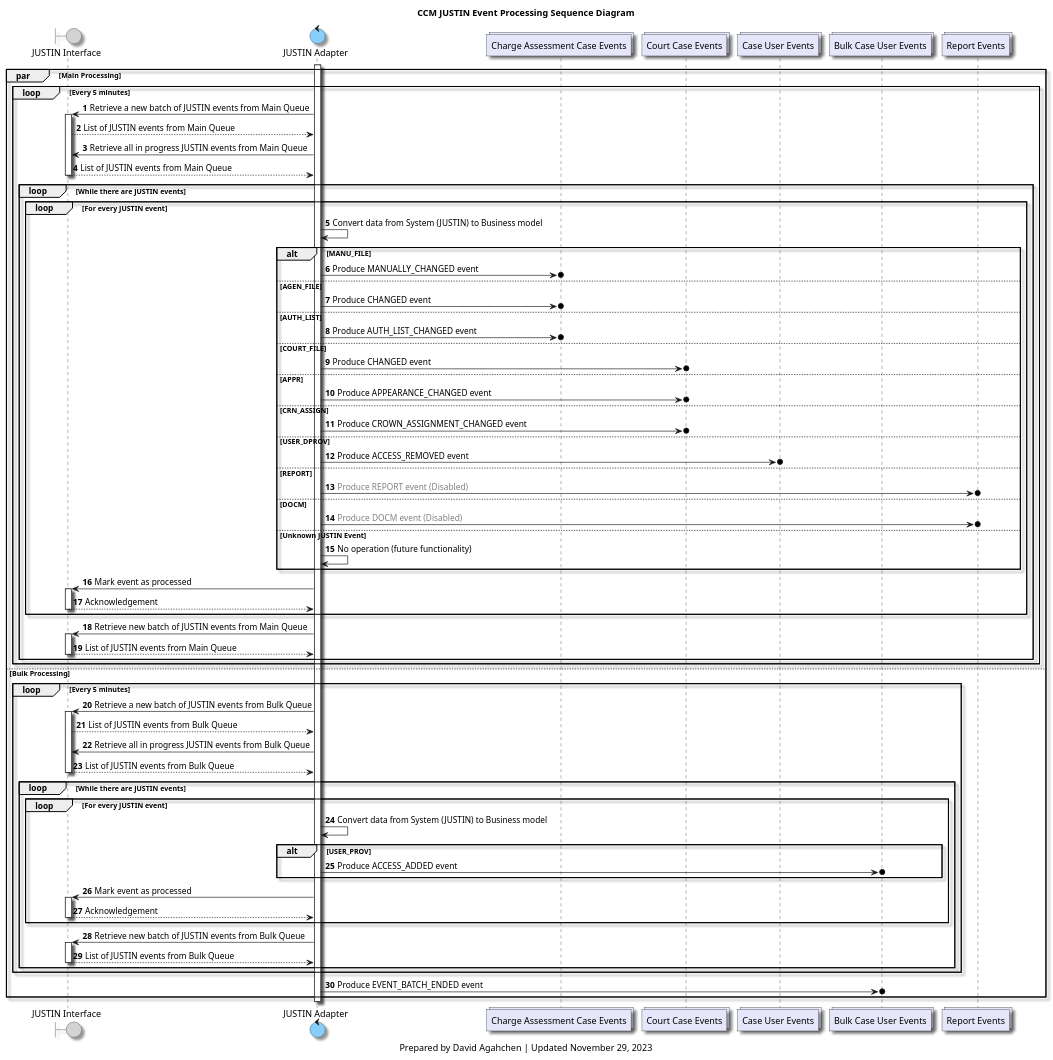
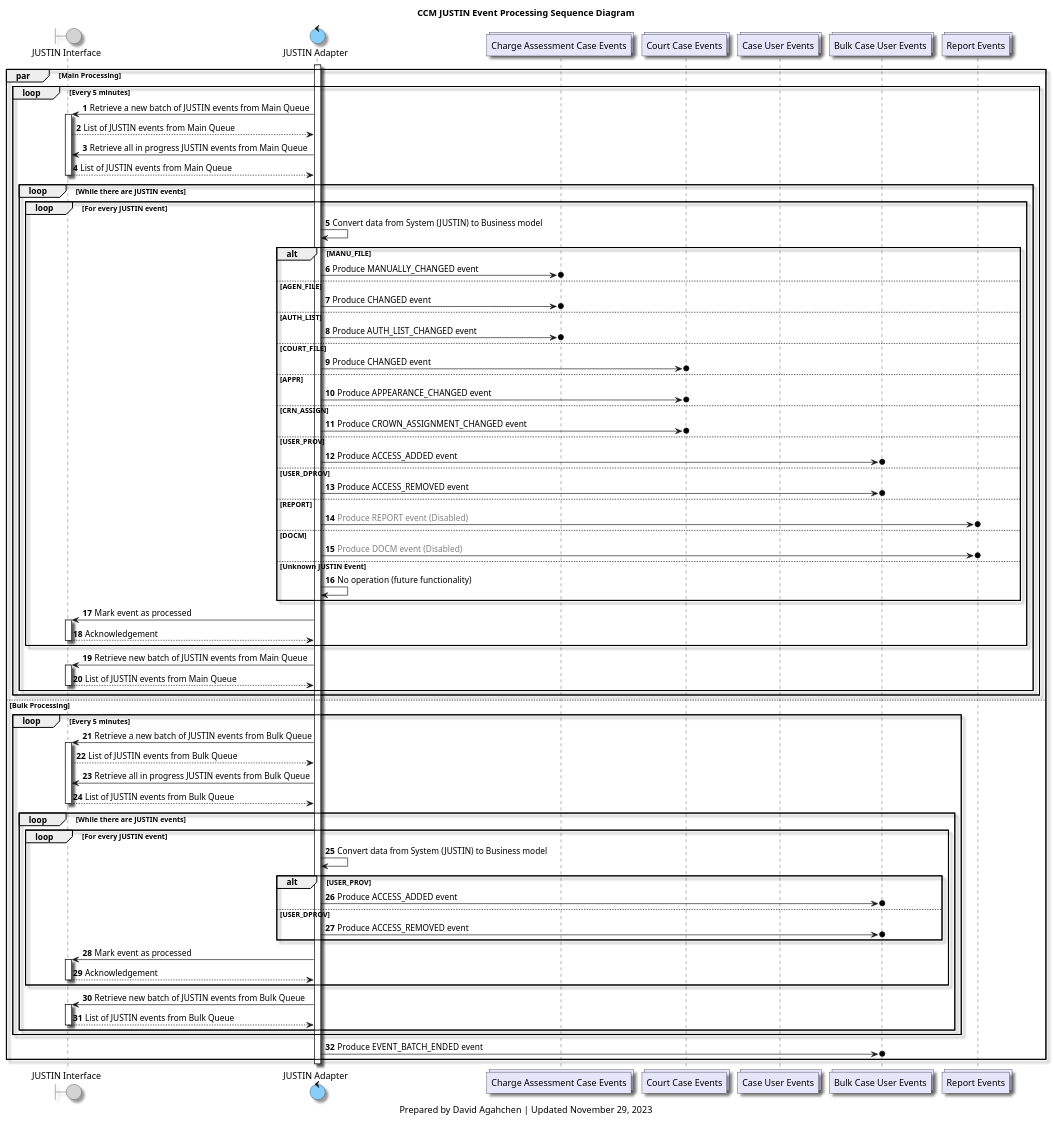
One commit to bcgov/jpss-jade-ccm changed the diagram in diagrams/ccm_justin_event_processing_sequence_diagram.plantuml. Above: the diagram before and after it, drawn with PlantUML. The commit also changed 11 other files, not shown here.

Commit message:
Simplify case user event processing logic

```diff
--- a/diagrams/ccm_justin_event_processing_sequence_diagram.plantuml
+++ b/diagrams/ccm_justin_event_processing_sequence_diagram.plantuml
@@ -1,114 +1,118 @@
 @startuml
 'hide footbox
 
 skinparam Shadowing true
 skinparam CollectionsBackgroundColor Lavender
 skinparam ControlBackgroundColor LightSkyBlue
 skinparam BoundaryBackgroundColor LightGrey
 
 /' 
 Available colours
 https://plantuml-documentation.readthedocs.io/en/latest/formatting/color-names.html
 '/
 
 boundary j_interface as "JUSTIN Interface"
 control j_adapter as "JUSTIN Adapter"
 collections charge_assessment_cases_topic as "Charge Assessment Case Events"
 collections court_cases_topic as "Court Case Events"
 collections case_users_topic as "Case User Events"
 collections bulk_case_users_topic as "Bulk Case User Events"
 collections reports_topic as "Report Events"
 
 title
 CCM JUSTIN Event Processing Sequence Diagram
 end title
 
 autonumber
 
 activate j_adapter
 
 par Main Processing
 
     loop Every 5 minutes
         j_adapter-> j_interface: Retrieve a new batch of JUSTIN events from Main Queue
         activate j_interface
         j_interface --> j_adapter: List of JUSTIN events from Main Queue
         j_adapter-> j_interface: Retrieve all in progress JUSTIN events from Main Queue
         j_interface --> j_adapter: List of JUSTIN events from Main Queue
         deactivate j_interface
 
         loop While there are JUSTIN events
             loop For every JUSTIN event
                 j_adapter -> j_adapter: Convert data from System (JUSTIN) to Business model
                 alt MANU_FILE
                     j_adapter ->o charge_assessment_cases_topic: Produce MANUALLY_CHANGED event
                 else AGEN_FILE
                     j_adapter ->o charge_assessment_cases_topic: Produce CHANGED event
                 else AUTH_LIST
                     j_adapter ->o charge_assessment_cases_topic: Produce AUTH_LIST_CHANGED event
                 else COURT_FILE
                     j_adapter ->o court_cases_topic: Produce CHANGED event
                 else APPR
                     j_adapter ->o court_cases_topic: Produce APPEARANCE_CHANGED event
                 else CRN_ASSIGN
                     j_adapter ->o court_cases_topic: Produce CROWN_ASSIGNMENT_CHANGED event
+                else USER_PROV
+                    j_adapter ->o bulk_case_users_topic: Produce ACCESS_ADDED event
                 else USER_DPROV
-                    j_adapter ->o case_users_topic: Produce ACCESS_REMOVED event
+                    j_adapter ->o bulk_case_users_topic: Produce ACCESS_REMOVED event
                 else REPORT
                     j_adapter ->o reports_topic: <font color=grey>Produce REPORT event (Disabled)</font>
                 else DOCM
                     j_adapter ->o reports_topic: <font color=grey>Produce DOCM event (Disabled)</font>
                 else Unknown JUSTIN Event
                     j_adapter -> j_adapter: No operation (future functionality)
                 end
                 j_adapter -> j_interface: Mark event as processed
                 activate j_interface
                 j_interface --> j_adapter: Acknowledgement
                 deactivate j_interface
             end
 
             j_adapter-> j_interface: Retrieve new batch of JUSTIN events from Main Queue
             activate j_interface
             j_interface --> j_adapter: List of JUSTIN events from Main Queue
             deactivate j_interface
         end
     end
 
 else Bulk Processing
 
     loop Every 5 minutes
         j_adapter-> j_interface: Retrieve a new batch of JUSTIN events from Bulk Queue
         activate j_interface
         j_interface --> j_adapter: List of JUSTIN events from Bulk Queue
         j_adapter-> j_interface: Retrieve all in progress JUSTIN events from Bulk Queue
         j_interface --> j_adapter: List of JUSTIN events from Bulk Queue
         deactivate j_interface
 
         loop While there are JUSTIN events
             loop For every JUSTIN event
                 j_adapter -> j_adapter: Convert data from System (JUSTIN) to Business model
                 alt USER_PROV
                     j_adapter ->o bulk_case_users_topic: Produce ACCESS_ADDED event
+                else USER_DPROV
+                    j_adapter ->o bulk_case_users_topic: Produce ACCESS_REMOVED event
                 end
                 j_adapter -> j_interface: Mark event as processed
                 activate j_interface
                 j_interface --> j_adapter: Acknowledgement
                 deactivate j_interface
             end
 
             j_adapter-> j_interface: Retrieve new batch of JUSTIN events from Bulk Queue
             activate j_interface
             j_interface --> j_adapter: List of JUSTIN events from Bulk Queue
             deactivate j_interface
         end
     end
 
     j_adapter ->o bulk_case_users_topic : Produce EVENT_BATCH_ENDED event
 
 end
 deactivate j_adapter
 
 caption
 Prepared by David Agahchen | Updated November 29, 2023
 end caption
 @enduml
```
